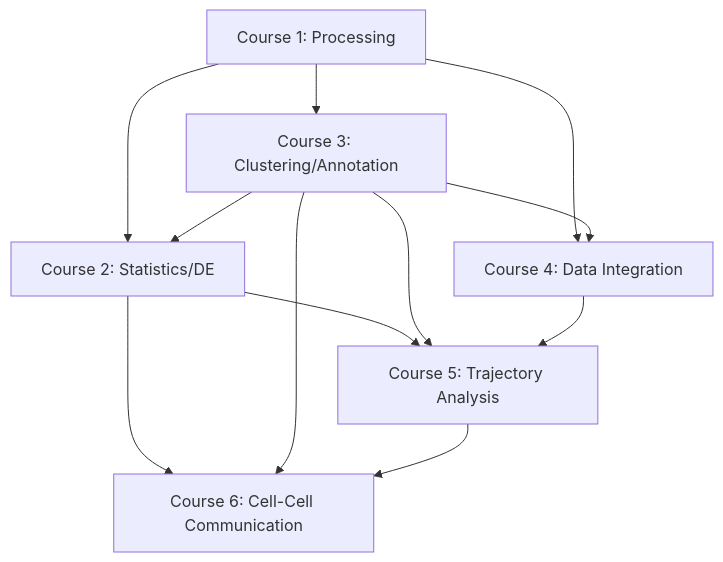
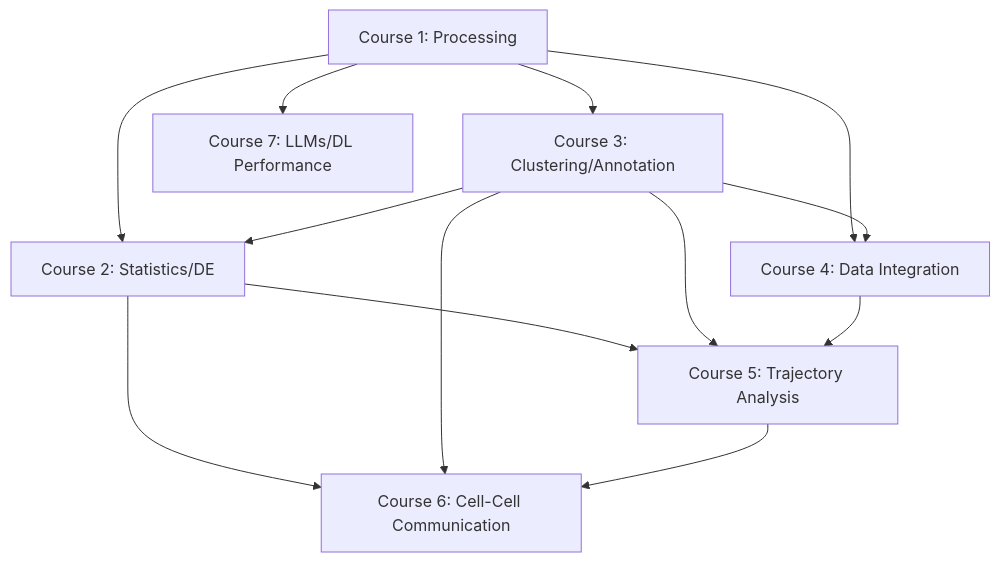
Before and after one commit to pedrocr83/courses: the diagram in docs/MASTER_TRAINING_GUIDE.md, drawn with Mermaid. The commit also changed other lines of this file and 22 other files, not shown here.

````diff
--- a/docs/MASTER_TRAINING_GUIDE.md
+++ b/docs/MASTER_TRAINING_GUIDE.md
@@ -59,14 +62,15 @@
 ```mermaid
 graph TD
     A[Course 1: Processing] --> B[Course 2: Statistics/DE]
     A --> C[Course 3: Clustering/Annotation]
     A --> D[Course 4: Data Integration]
+    A --> G[Course 7: LLMs/DL Performance]
     C --> B
     C --> D
     B --> E[Course 5: Trajectory Analysis]
     C --> E
     D --> E
     B --> F[Course 6: Cell-Cell Communication]
     C --> F
     E --> F
 ```
````
